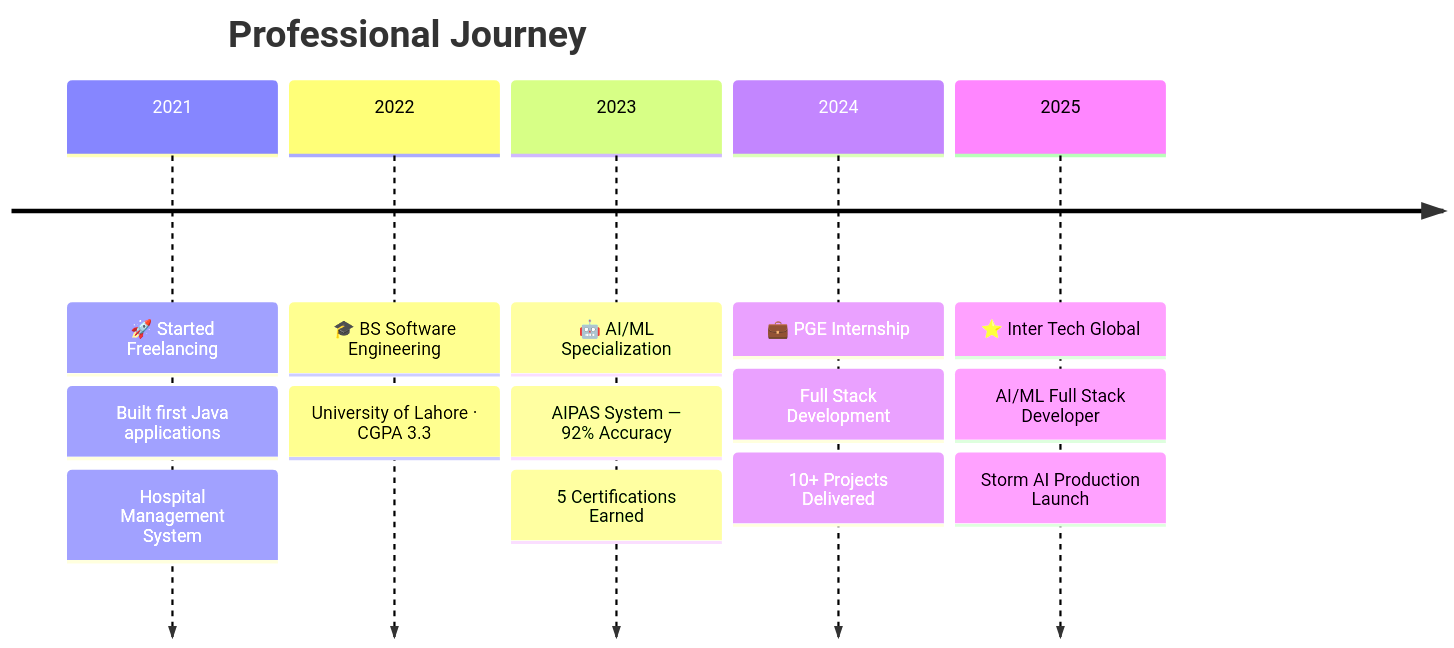
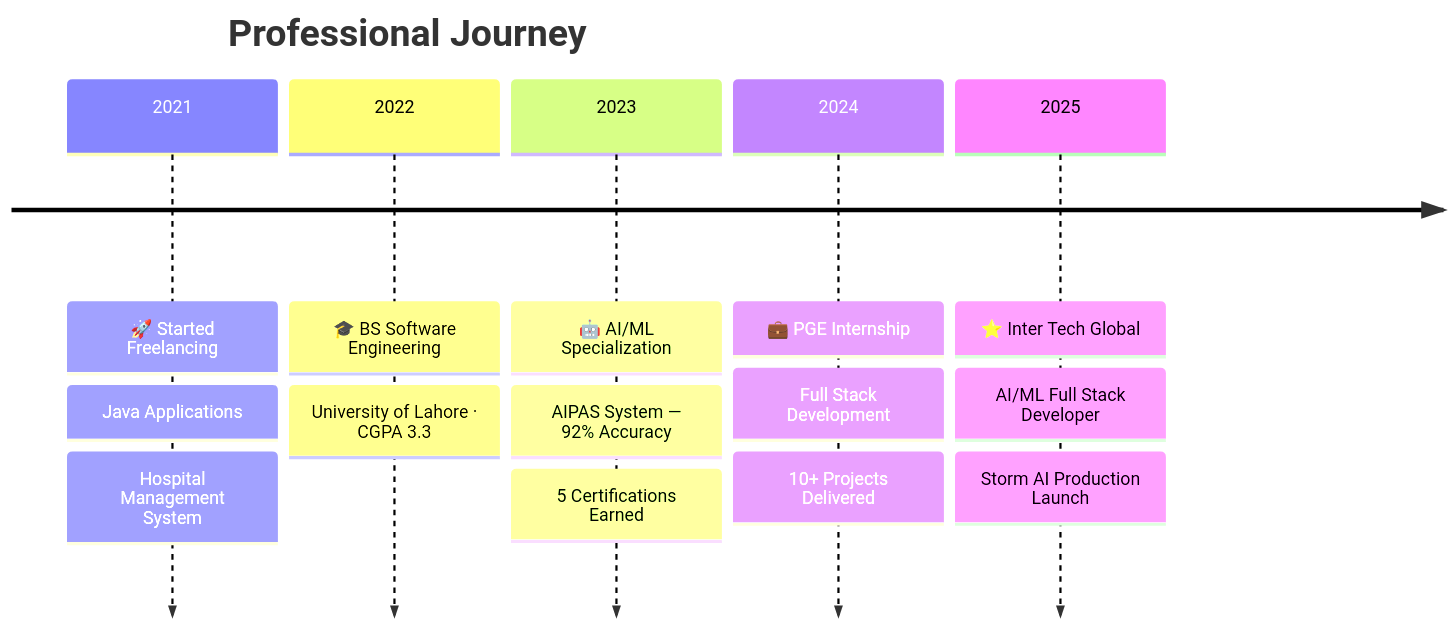
The eighth of 10 diagrams in README.md (Hamza-Kahloon786/Hamza-Kahloon786), drawn with Mermaid before and after one commit. The commit also changed other lines of this file, not shown here.

````diff
--- a/README.md
+++ b/README.md
@@ -279,18 +288,18 @@
 ```mermaid
 timeline
     title Professional Journey
     2021 : 🚀 Started Freelancing
-         : Built first Java applications
+         : Java Applications
          : Hospital Management System
     2022 : 🎓 BS Software Engineering
          : University of Lahore · CGPA 3.3
     2023 : 🤖 AI/ML Specialization
          : AIPAS System — 92% Accuracy
          : 5 Certifications Earned
     2024 : 💼 PGE Internship
          : Full Stack Development
          : 10+ Projects Delivered
     2025 : ⭐ Inter Tech Global
          : AI/ML Full Stack Developer
          : Storm AI Production Launch
 ```
````
